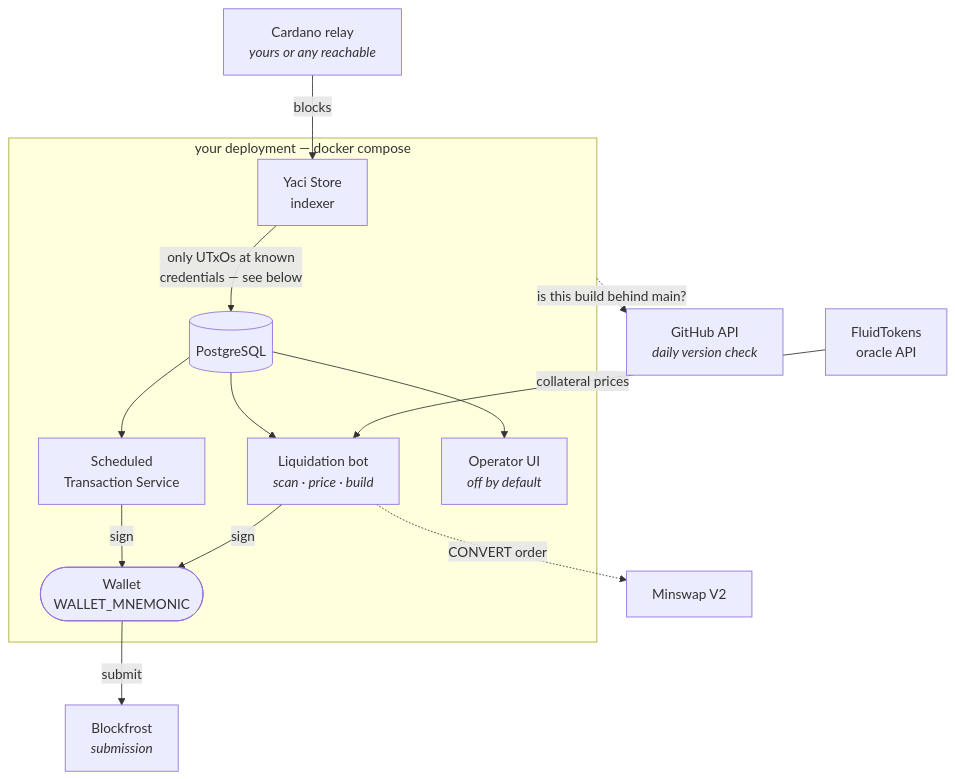
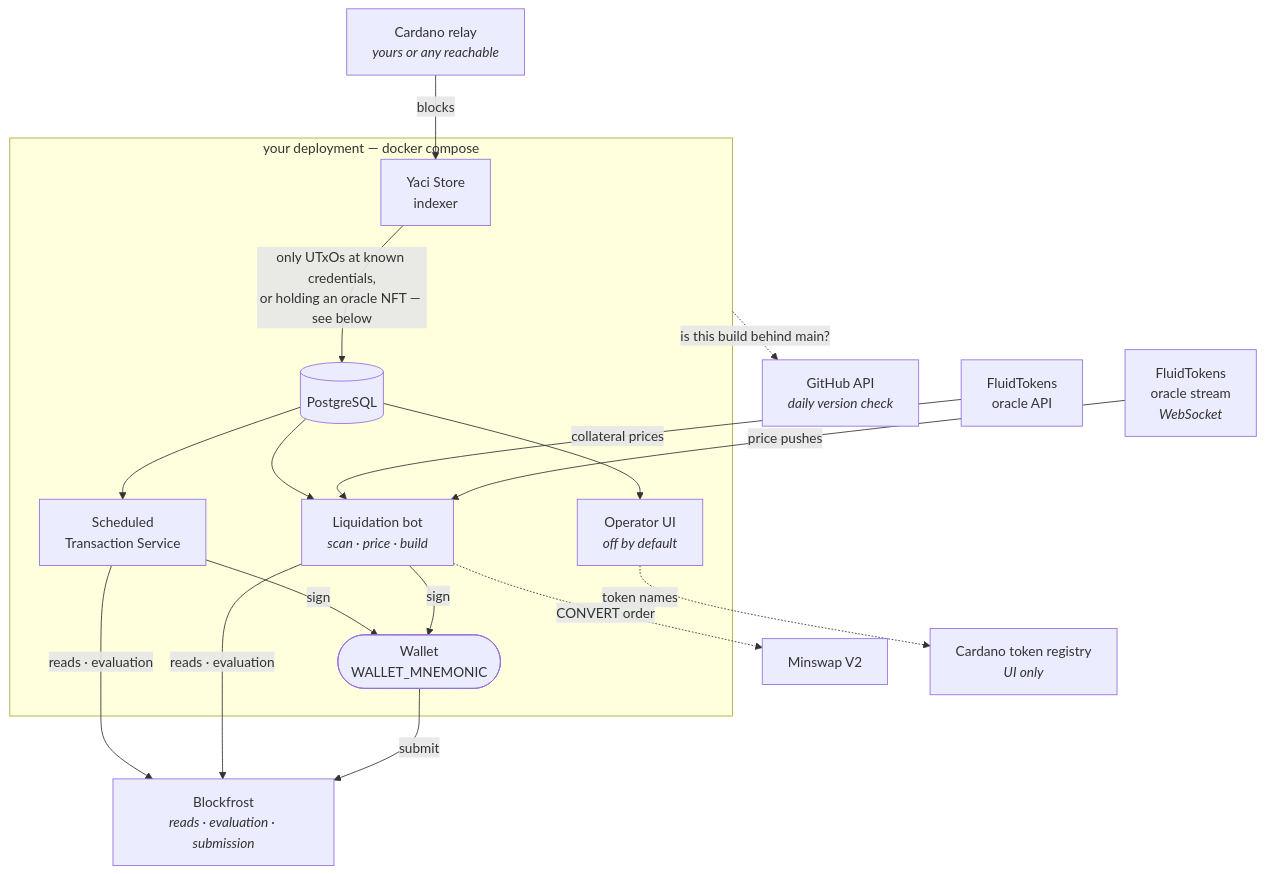
The diagram in README.md (FluidTokens/ft-aquarium-node), drawn with Mermaid before and after one commit. The commit also changed other lines of this file and 2 other files, not shown here.

````diff
--- a/README.md
+++ b/README.md
@@ -87,26 +95,31 @@
 ```mermaid
 flowchart TB
     relay["Cardano relay<br/><i>yours or any reachable</i>"]
     oracle["FluidTokens<br/>oracle API"]
-    bf["Blockfrost<br/><i>submission</i>"]
+    stream["FluidTokens<br/>oracle stream<br/><i>WebSocket</i>"]
+    bf["Blockfrost<br/><i>reads · evaluation · submission</i>"]
     minswap["Minswap V2"]
     gh["GitHub API<br/><i>daily version check</i>"]
+    registry["Cardano token registry<br/><i>UI only</i>"]
 
     subgraph aq["your deployment — docker compose"]
         yaci["Yaci Store<br/>indexer"]
         db[("PostgreSQL")]
         sched["Scheduled<br/>Transaction Service"]
         liq["Liquidation bot<br/><i>scan · price · build</i>"]
         ui["Operator UI<br/><i>off by default</i>"]
         wallet(["Wallet<br/>WALLET_MNEMONIC"])
     end
 
     relay -- "blocks" --> yaci
-    yaci -- "only UTxOs at known<br/>credentials — see below" --> db
+    yaci -- "only UTxOs at known credentials,<br/>or holding an oracle NFT — see below" --> db
     db --> sched & liq & ui
     oracle -- "collateral prices" --> liq
+    stream -- "price pushes" --> liq
+    sched & liq -- "reads · evaluation" --> bf
     sched & liq -- "sign" --> wallet
     wallet -- "submit" --> bf
     liq -. "CONVERT order" .-> minswap
     aq -. "is this build behind main?" .-> gh
+    ui -. "token names" .-> registry
 ```
````
